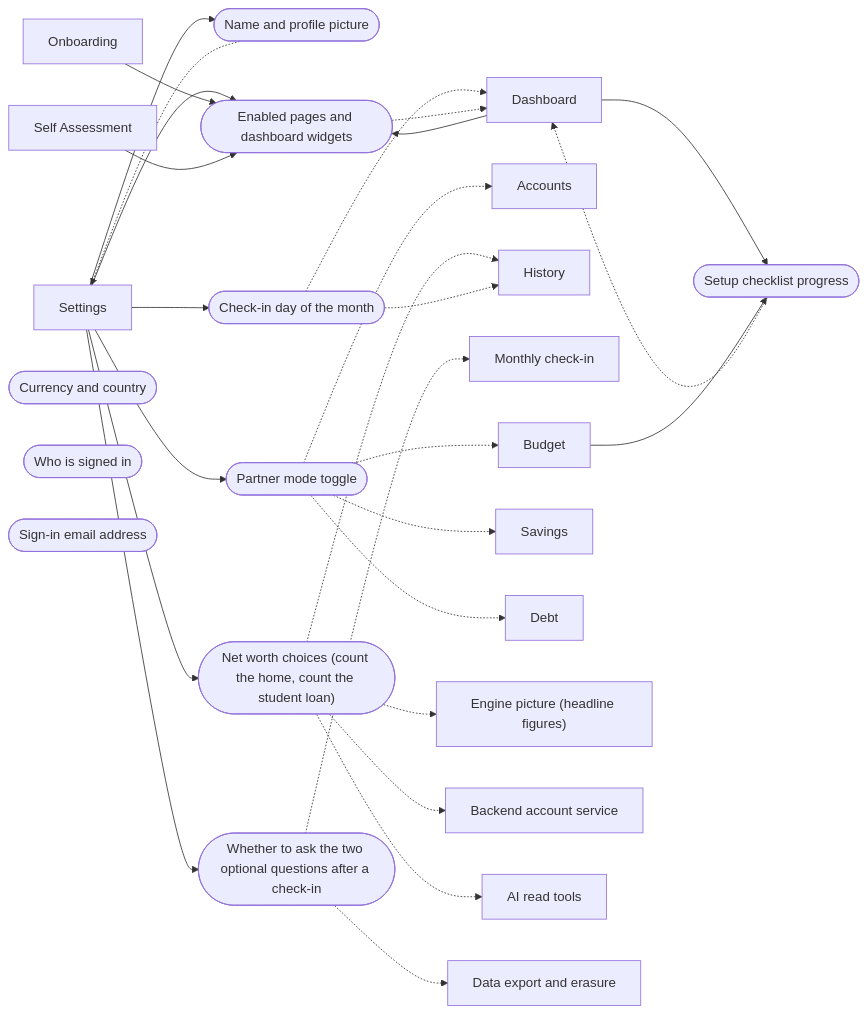
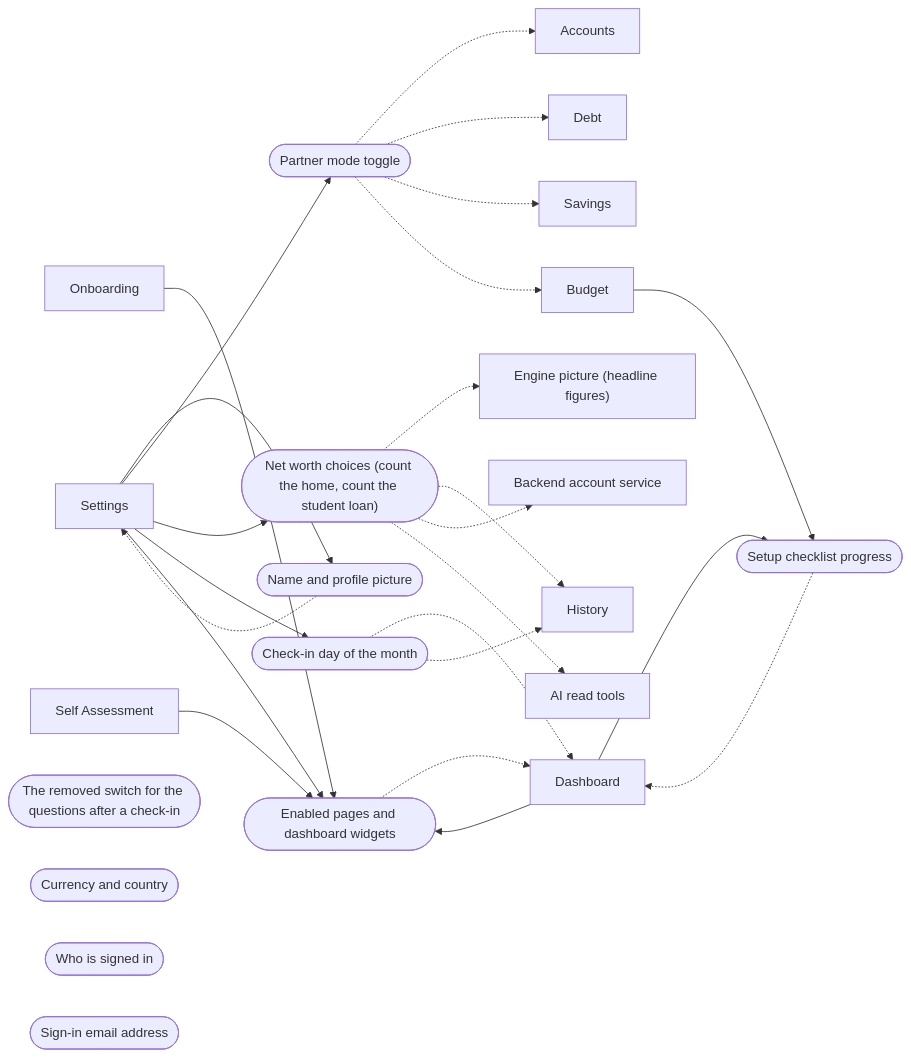
The fourth of 8 diagrams in docs/system/generated/connections.md (mgallagher56/flump), drawn with Mermaid before and after one commit. The commit also changed other lines of this file and 72 other files, not shown here.

First line of the commit message:
feat(check-in): remove the wellbeing questions and their Settings switch

````diff
--- a/docs/system/generated/connections.md
+++ b/docs/system/generated/connections.md
@@ -409,53 +407,48 @@
 ```mermaid
 flowchart LR
   s_onboarding["Onboarding"]
   s_dashboard["Dashboard"]
   s_accounts["Accounts"]
   s_history["History"]
-  s_check_in["Monthly check-in"]
   s_budget["Budget"]
   s_savings["Savings"]
   s_debt["Debt"]
   s_self_assessment["Self Assessment"]
   s_settings["Settings"]
   s_picture["Engine picture (headline figures)"]
   s_account_service["Backend account service"]
   s_mcp_read["AI read tools"]
-  s_export["Data export and erasure"]
   f_name_and_avatar(["Name and profile picture"])
   s_settings --> f_name_and_avatar
   f_name_and_avatar -.-> s_settings
   f_partner_mode(["Partner mode toggle"])
   s_settings --> f_partner_mode
   f_partner_mode -.-> s_accounts
   f_partner_mode -.-> s_debt
   f_partner_mode -.-> s_savings
   f_partner_mode -.-> s_budget
   f_net_worth_choices(["Net worth choices (count the home, count the student loan)"])
   s_settings --> f_net_worth_choices
   f_net_worth_choices -.-> s_picture
   f_net_worth_choices -.-> s_history
   f_net_worth_choices -.-> s_account_service
   f_net_worth_choices -.-> s_mcp_read
-  f_wellbeing_questions_switch(["Whether to ask the two optional questions after a check-in"])
-  s_settings --> f_wellbeing_questions_switch
-  f_wellbeing_questions_switch -.-> s_check_in
-  f_wellbeing_questions_switch -.-> s_export
+  f_wellbeing_questions_switch(["The removed switch for the questions after a check-in"])
   f_check_in_day(["Check-in day of the month"])
   s_settings --> f_check_in_day
   f_check_in_day -.-> s_dashboard
   f_check_in_day -.-> s_history
   f_enabled_pages_and_widgets(["Enabled pages and dashboard widgets"])
   s_settings --> f_enabled_pages_and_widgets
   s_onboarding --> f_enabled_pages_and_widgets
   s_self_assessment --> f_enabled_pages_and_widgets
   s_dashboard --> f_enabled_pages_and_widgets
   f_enabled_pages_and_widgets -.-> s_dashboard
   f_setup_checklist(["Setup checklist progress"])
   s_dashboard --> f_setup_checklist
   s_budget --> f_setup_checklist
   f_setup_checklist -.-> s_dashboard
   f_currency_and_country(["Currency and country"])
   f_sign_in_identity(["Who is signed in"])
   f_sign_in_email(["Sign-in email address"])
 ```
````
